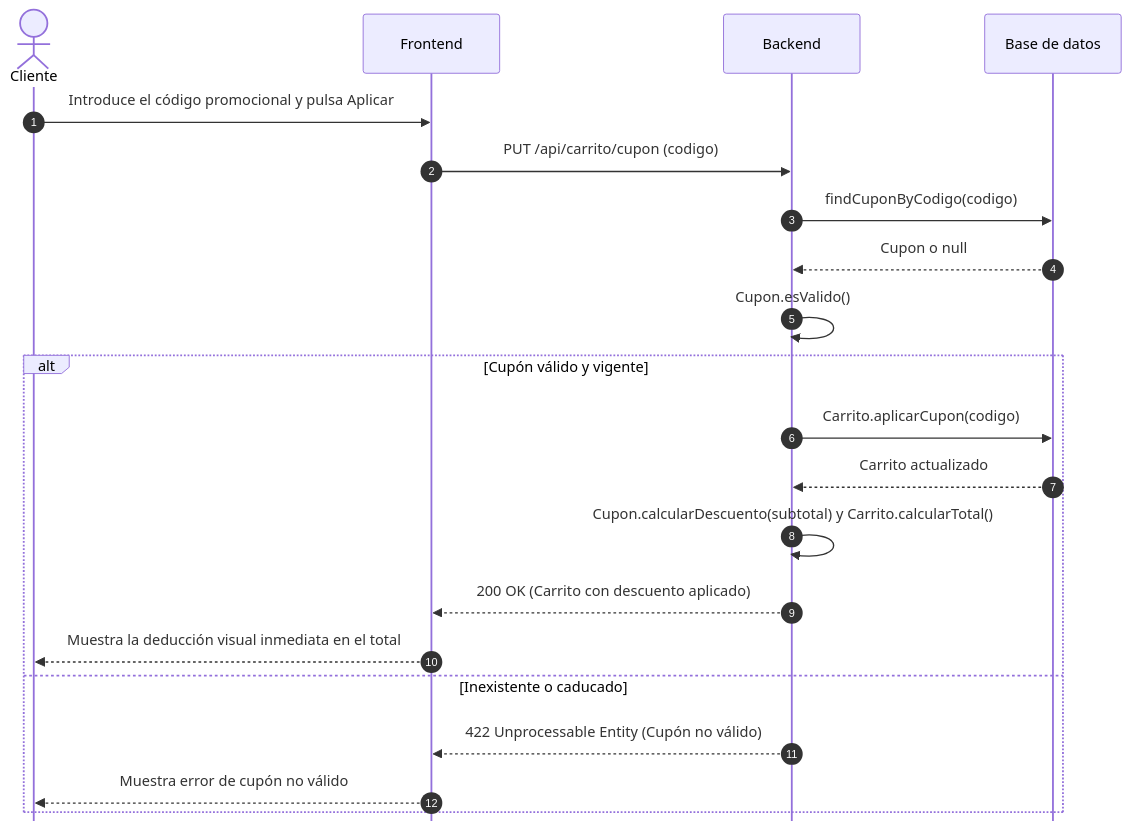
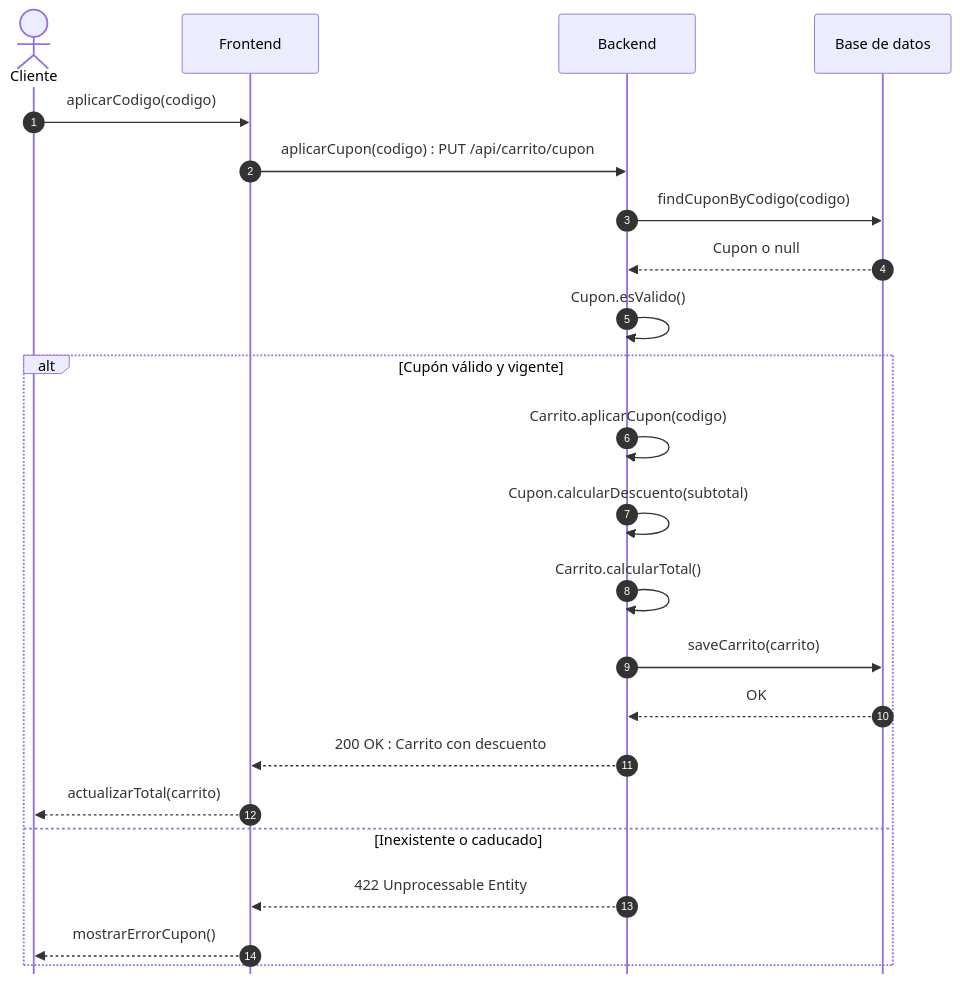
Before and after one commit to ajgarciarias10/PR3GPS: the diagram in Practica3_G11_LaTeX/codigo/sec_us09.mmd, drawn with Mermaid. The commit also changed 22 other files, not shown here.

First line of the commit message:
fix(bloque3): diagramas de secuencia con nombres de métodos en lugar de frases

```diff
--- a/Practica3_G11_LaTeX/codigo/sec_us09.mmd
+++ b/Practica3_G11_LaTeX/codigo/sec_us09.mmd
@@ -1,22 +1,24 @@
 %%{init: {'sequence': {'mirrorActors': false}}}%%
 sequenceDiagram
     autonumber
     actor U as Cliente
     participant FE as Frontend
     participant BE as Backend
     participant DB as Base de datos
-    U->>FE: Introduce el código promocional y pulsa Aplicar
-    FE->>BE: PUT /api/carrito/cupon (codigo)
+    U->>FE: aplicarCodigo(codigo)
+    FE->>BE: aplicarCupon(codigo) : PUT /api/carrito/cupon
     BE->>DB: findCuponByCodigo(codigo)
     DB-->>BE: Cupon o null
     BE->>BE: Cupon.esValido()
     alt Cupón válido y vigente
-        BE->>DB: Carrito.aplicarCupon(codigo)
-        DB-->>BE: Carrito actualizado
-        BE->>BE: Cupon.calcularDescuento(subtotal) y Carrito.calcularTotal()
-        BE-->>FE: 200 OK (Carrito con descuento aplicado)
-        FE-->>U: Muestra la deducción visual inmediata en el total
+        BE->>BE: Carrito.aplicarCupon(codigo)
+        BE->>BE: Cupon.calcularDescuento(subtotal)
+        BE->>BE: Carrito.calcularTotal()
+        BE->>DB: saveCarrito(carrito)
+        DB-->>BE: OK
+        BE-->>FE: 200 OK : Carrito con descuento
+        FE-->>U: actualizarTotal(carrito)
     else Inexistente o caducado
-        BE-->>FE: 422 Unprocessable Entity (Cupón no válido)
-        FE-->>U: Muestra error de cupón no válido
+        BE-->>FE: 422 Unprocessable Entity
+        FE-->>U: mostrarErrorCupon()
     end
```
